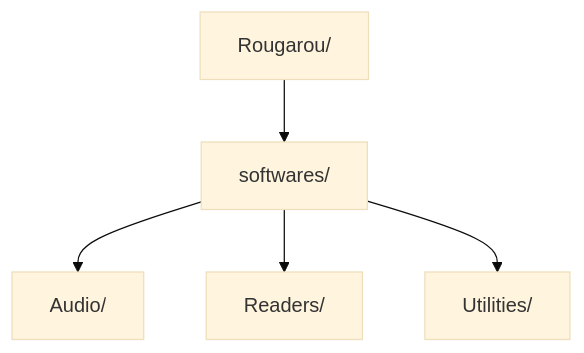
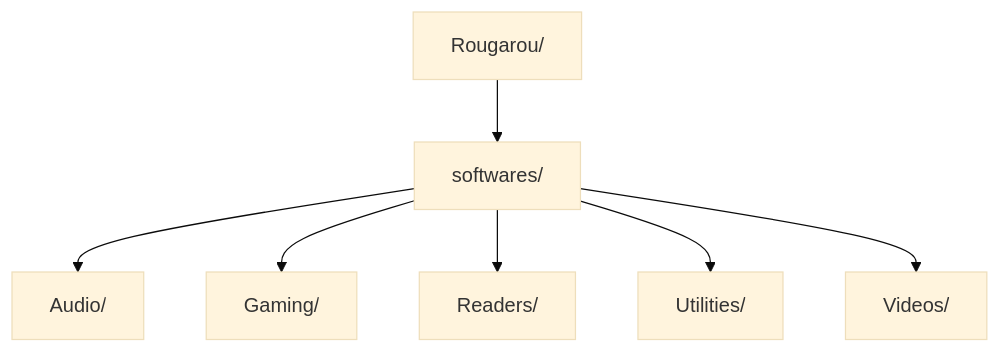
Before and after one commit to Belthazor86/Valinor: the diagram in Guides/Rougarou.md, drawn with Mermaid (base theme).

Commit message:
Update Rougarou.md to change folder structure

````diff
--- a/Guides/Rougarou.md
+++ b/Guides/Rougarou.md
@@ -22,9 +22,11 @@
 ```mermaid
 graph TD
     Rougarou["Rougarou/"] --> folder1["softwares/"]
 
     folder1 --> file1["Audio/"]
-    folder1 --> file2["Readers/"]
-    folder1 --> file3["Utilities/"]
+    folder1 --> file2["Gaming/"]
+    folder1 --> file3["Readers/"]
+    folder1 --> file4["Utilities/"]
+    folder1 --> file5["Videos/"]
 
 ```
````
